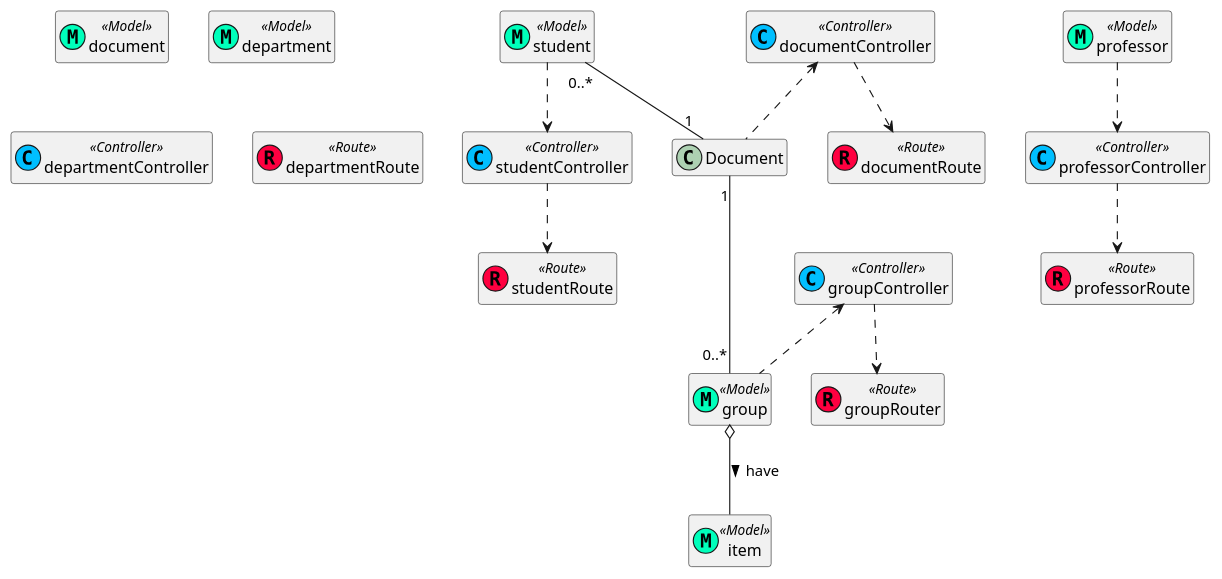
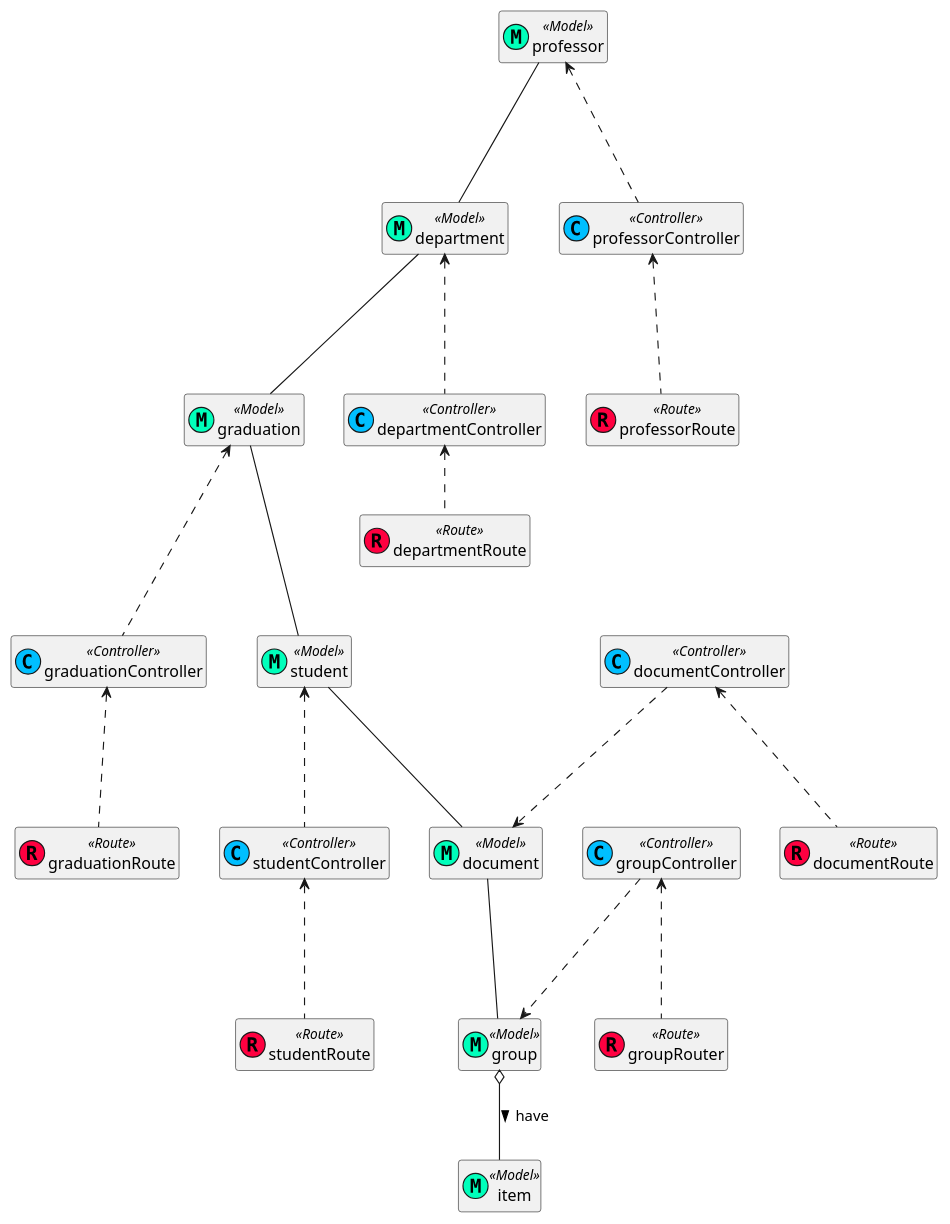
The diagram in design/classdiagram/CAdiagramclass.wsd (rodrigoRolim/AC-backend), drawn with PlantUML before and after one commit. The commit also changed 12 other files, not shown here.

```diff
--- a/design/classdiagram/CAdiagramclass.wsd
+++ b/design/classdiagram/CAdiagramclass.wsd
@@ -1,66 +1,83 @@
 @startuml
 
 hide members
 class document  <<(M, #00ffbb)Model>> {
 
 }
 class student <<(M, #00ffbb)Model>> { 
 
 }
 class professor <<(M, #00ffbb)Model>> {
 
 }
 class group <<(M, #00ffbb)Model>> {
 
 }
 class item <<(M, #00ffbb)Model>> {
 
 }
 class documentController <<(C, #00bfff)Controller>> {
 
 }
 class studentController <<(C, #00bfff)Controller>> {
 
 }
 class professorController <<(C, #00bfff)Controller>> {
 
 }
 class professorRoute <<(R, #ff0040)Route>> {
 
 }
 class studentRoute <<(R, #ff0040)Route>> {
 
 }
 class documentRoute  <<(R, #ff0040)Route>> {
 
 }
 class groupController <<(C, #00bfff) Controller>> {
 
 }
 class groupRouter <<(R, #ff0040)Route>> {
 
 }
 class department <<(M, #00ffbb)Model>> {
 
 }
 class departmentController <<(C, #00bfff) Controller>> {
 
 }
 class departmentRoute <<(R, #ff0040)Route>> {
 
 }
-Document "1" --- "0..*" group
+class graduation <<(M, #00ffbb)Model>> {
+
+}
+class graduationController <<(C, #00bfff) Controller>> {
+
+}
+class graduationRoute <<(R, #ff0040)Route>> {
+
+}
+
+document ---  group
+student --- document
+professor --- department
+graduation --- student
+department --- graduation
 group o-- item: have >
-documentController <.. Document
 
-student ..> studentController
-professor ..> professorController
-student "0..*" -- "1" Document
+documentController ...> document
+student <... studentController
+professor <... professorController
+graduation <... graduationController
+department <... departmentController
 
-documentController ..> documentRoute
-studentController ..> studentRoute
-professorController ..> professorRoute
-groupController <.. group
-groupController ..> groupRouter
+documentController <... documentRoute
+studentController <... studentRoute
+professorController <... professorRoute
+groupController ...> group
+groupController <... groupRouter
+departmentController <.. departmentRoute
+graduationController <... graduationRoute
 
 @enduml
```
